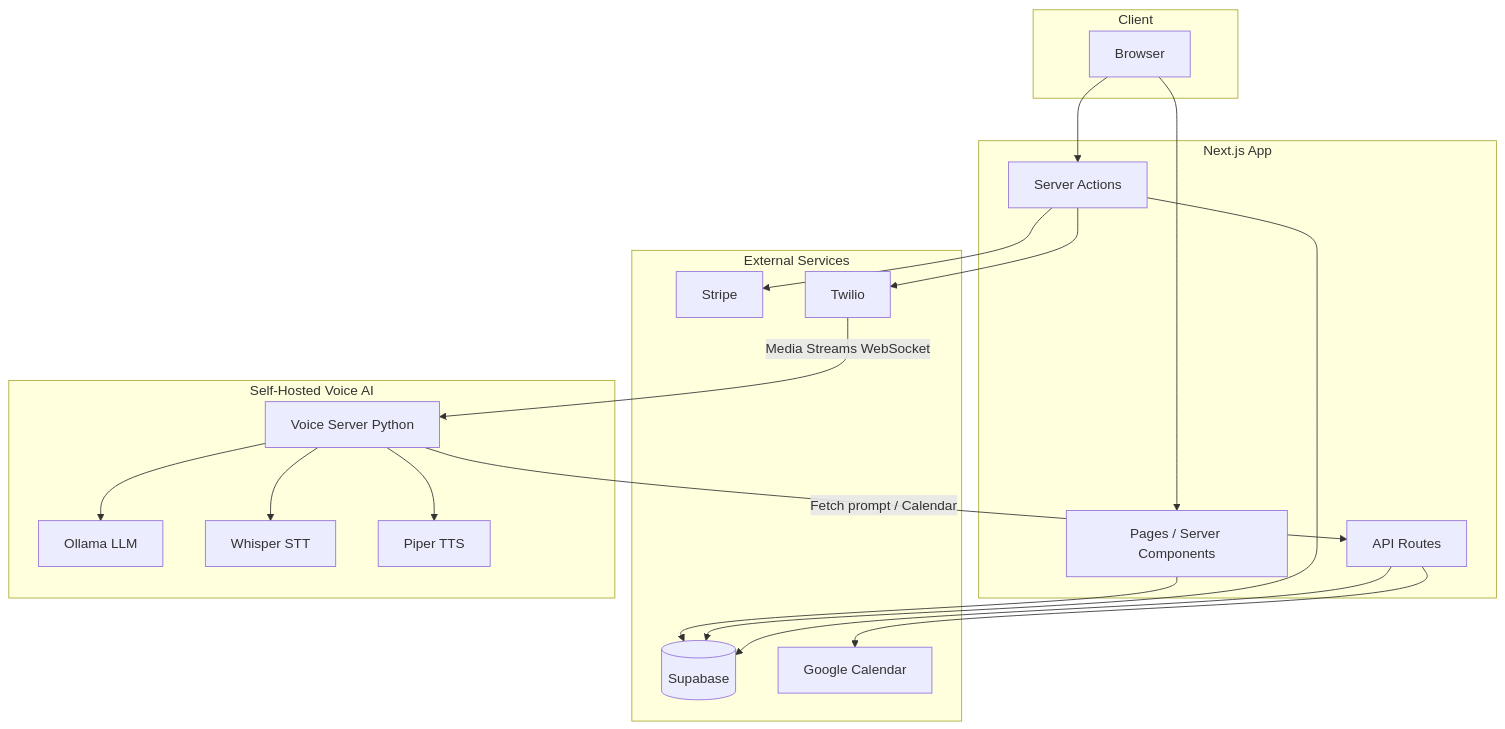
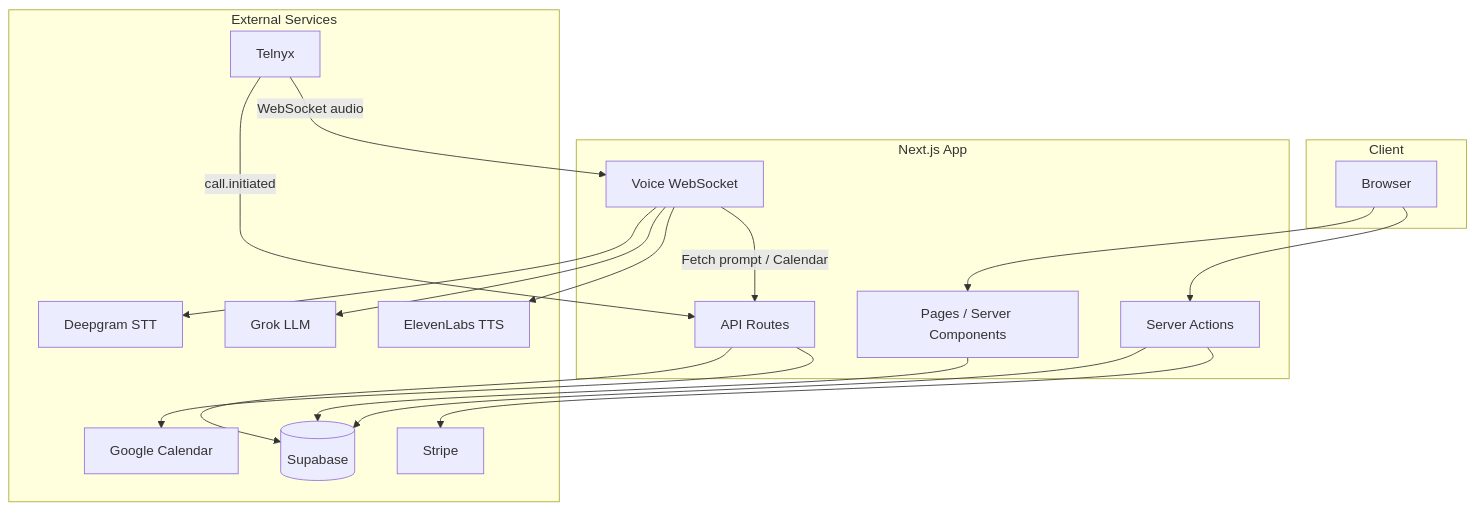
One commit to Plcherra/callbot changed the diagram in docs/ARCHITECTURE.md. Above: the diagram before and after it, drawn with Mermaid. The commit also changed other lines of this file and 72 other files, not shown here.

````diff
--- a/docs/ARCHITECTURE.md
+++ b/docs/ARCHITECTURE.md
@@ -7,41 +7,38 @@
 ```mermaid
 flowchart TB
     subgraph Client [Client]
         Browser[Browser]
     end
 
     subgraph NextJS [Next.js App]
         Pages[Pages / Server Components]
         Actions[Server Actions]
         API[API Routes]
+        VoiceWS[Voice WebSocket]
     end
 
     subgraph External [External Services]
         Supabase[(Supabase)]
         Stripe[Stripe]
-        Twilio[Twilio]
+        Telnyx[Telnyx]
         GCal[Google Calendar]
-    end
-
-    subgraph Voice [Self-Hosted Voice AI]
-        VoiceServer[Voice Server Python]
-        Ollama[Ollama LLM]
-        Whisper[Whisper STT]
-        Piper[Piper TTS]
+        Deepgram[Deepgram STT]
+        Grok[Grok LLM]
+        ElevenLabs[ElevenLabs TTS]
     end
 
     Browser --> Pages
     Browser --> Actions
     Pages --> Supabase
     Actions --> Supabase
     Actions --> Stripe
-    Actions --> Twilio
     API --> Supabase
     API --> GCal
 
-    Twilio -->|Media Streams WebSocket| VoiceServer
-    VoiceServer --> Whisper
-    VoiceServer --> Ollama
-    VoiceServer --> Piper
-    VoiceServer -->|Fetch prompt / Calendar| API
+    Telnyx -->|call.initiated| API
+    Telnyx -->|WebSocket audio| VoiceWS
+    VoiceWS --> Deepgram
+    VoiceWS --> Grok
+    VoiceWS --> ElevenLabs
+    VoiceWS -->|Fetch prompt / Calendar| API
 ```
````
